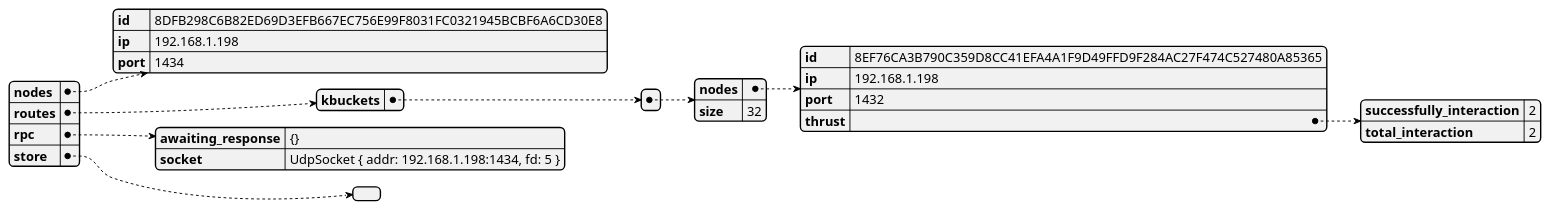
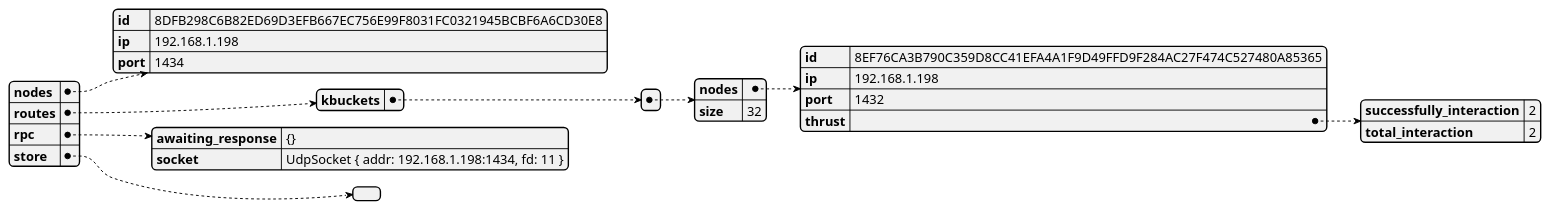
The diagram in src/distributed_legder/state_dumps/test-contact-4.json.plantuml (GoliathHagar/distributed_legder_kademlia), drawn with PlantUML before and after one commit. The commit also changed 8 other files, not shown here.

```diff
--- a/src/distributed_legder/state_dumps/test-contact-4.json.plantuml
+++ b/src/distributed_legder/state_dumps/test-contact-4.json.plantuml
@@ -1,3 +1,3 @@
 @startjson
-{"nodes":{"id":"8DFB298C6B82ED69D3EFB667EC756E99F8031FC0321945BCBF6A6CD30E8","ip":"192.168.1.198","port":1434},"routes":{"kbuckets":[{"nodes":{"id":"8EF76CA3B790C359D8CC41EFA4A1F9D49FFD9F284AC27F474C527480A85365","ip":"192.168.1.198","port":1432,"thrust":{"successfully_interaction":2,"total_interaction":2}},"size":32}]},"rpc":{"awaiting_response":"{}","socket":"UdpSocket { addr: 192.168.1.198:1434, fd: 5 }"},"store":[]}
+{"nodes":{"id":"8DFB298C6B82ED69D3EFB667EC756E99F8031FC0321945BCBF6A6CD30E8","ip":"192.168.1.198","port":1434},"routes":{"kbuckets":[{"nodes":{"id":"8EF76CA3B790C359D8CC41EFA4A1F9D49FFD9F284AC27F474C527480A85365","ip":"192.168.1.198","port":1432,"thrust":{"successfully_interaction":2,"total_interaction":2}},"size":32}]},"rpc":{"awaiting_response":"{}","socket":"UdpSocket { addr: 192.168.1.198:1434, fd: 11 }"},"store":[]}
 @endjson
```
